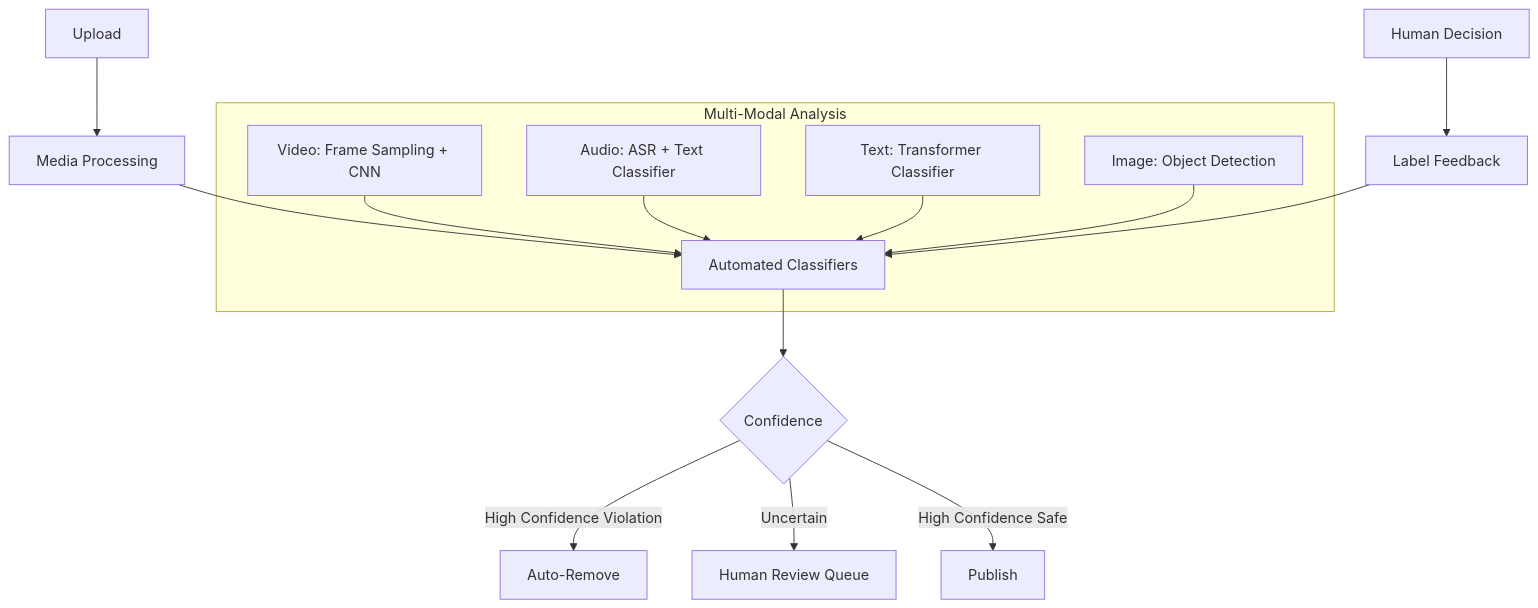
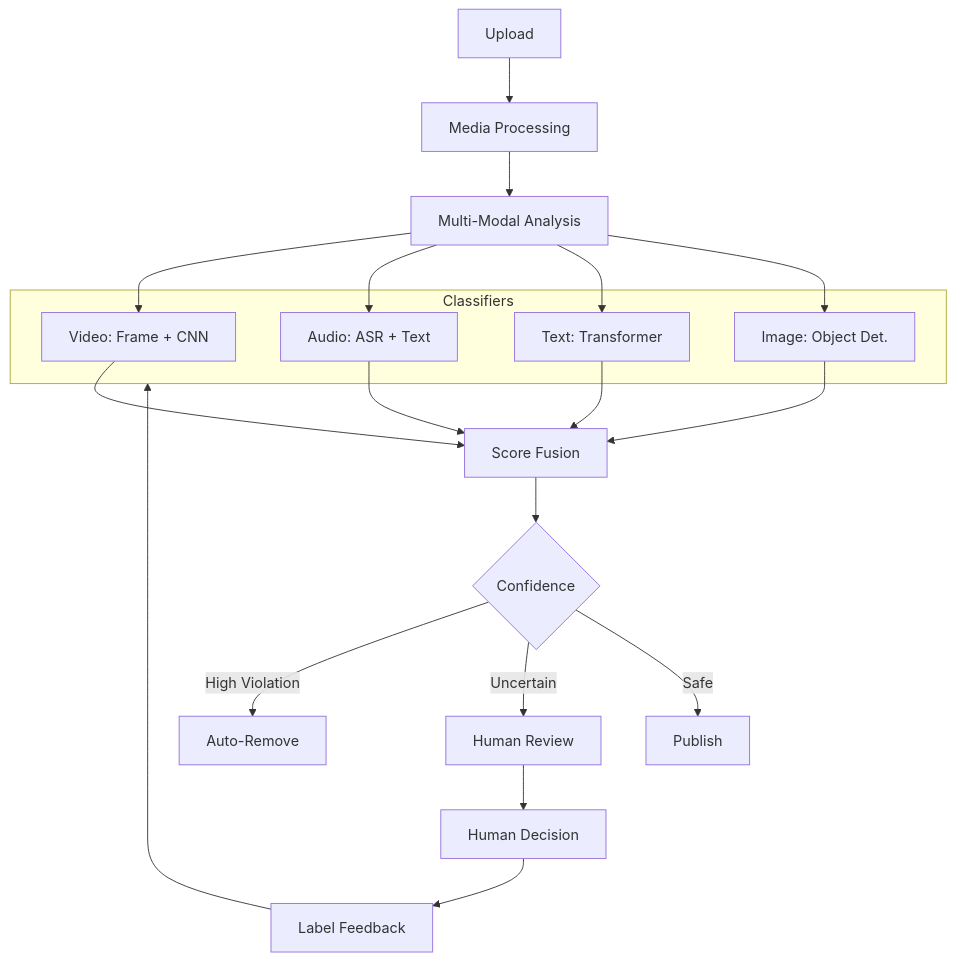
The ninth of 10 diagrams in content/17_ml_system_design.md (Hmago/ml4), drawn with Mermaid before and after one commit. The commit also changed other lines of this file and 1 other file, not shown here.

````diff
--- a/content/17_ml_system_design.md
+++ b/content/17_ml_system_design.md
@@ -1379,19 +1379,28 @@
 ```mermaid
 graph TD
     A[Upload] --> B[Media Processing]
-    B --> C[Automated Classifiers]
-    C --> D{Confidence}
-    D -->|High Confidence Violation| E[Auto-Remove]
-    D -->|Uncertain| F[Human Review Queue]
-    D -->|High Confidence Safe| G[Publish]
+    B --> MM["Multi-Modal Analysis"]
 
-    subgraph Multi-Modal Analysis
-        C1[Video: Frame Sampling + CNN] --> C
-        C2[Audio: ASR + Text Classifier] --> C
-        C3[Text: Transformer Classifier] --> C
-        C4[Image: Object Detection] --> C
+    subgraph MMA["Classifiers"]
+        C1[Video: Frame + CNN]
+        C2[Audio: ASR + Text]
+        C3[Text: Transformer]
+        C4[Image: Object Det.]
     end
 
-    H[Human Decision] --> I[Label Feedback]
-    I --> C
+    MM --> C1
+    MM --> C2
+    MM --> C3
+    MM --> C4
+    C1 --> SC[Score Fusion]
+    C2 --> SC
+    C3 --> SC
+    C4 --> SC
+    SC --> D{Confidence}
+    D -->|High Violation| E[Auto-Remove]
+    D -->|Uncertain| F[Human Review]
+    D -->|Safe| G[Publish]
+    F --> H[Human Decision]
+    H --> I[Label Feedback]
+    I --> MMA
 ```
````
